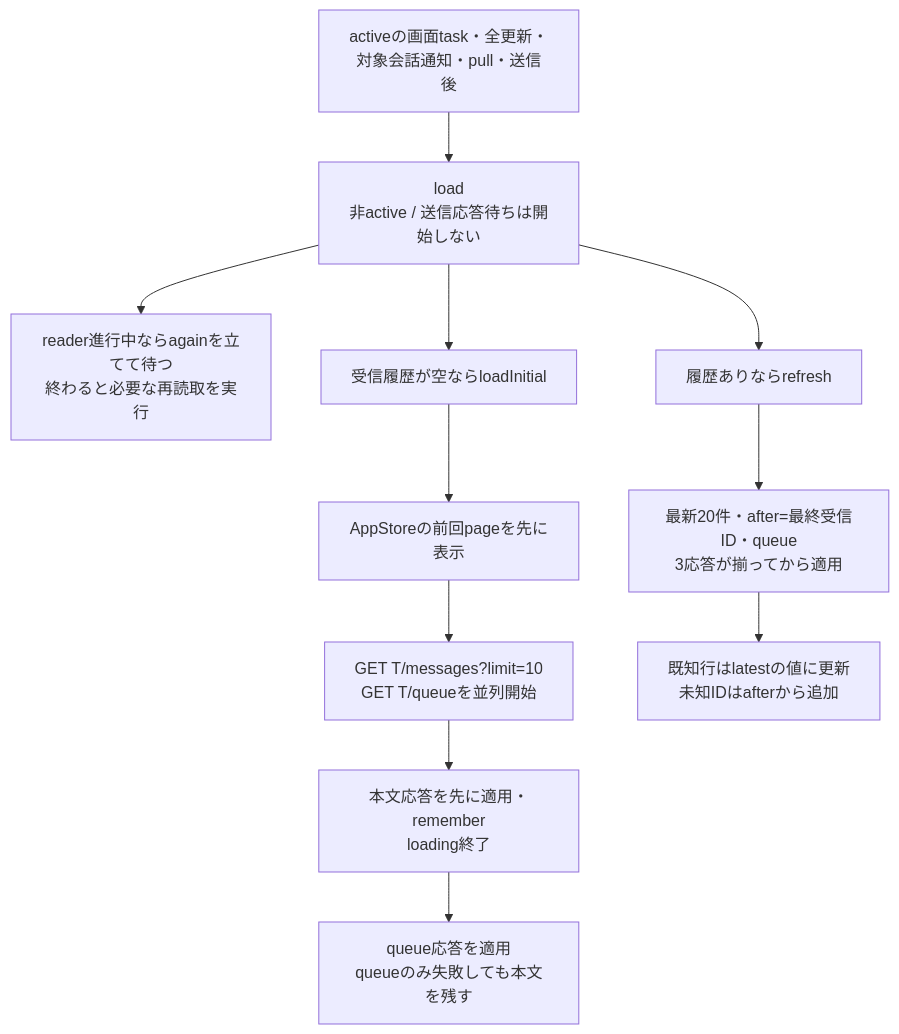
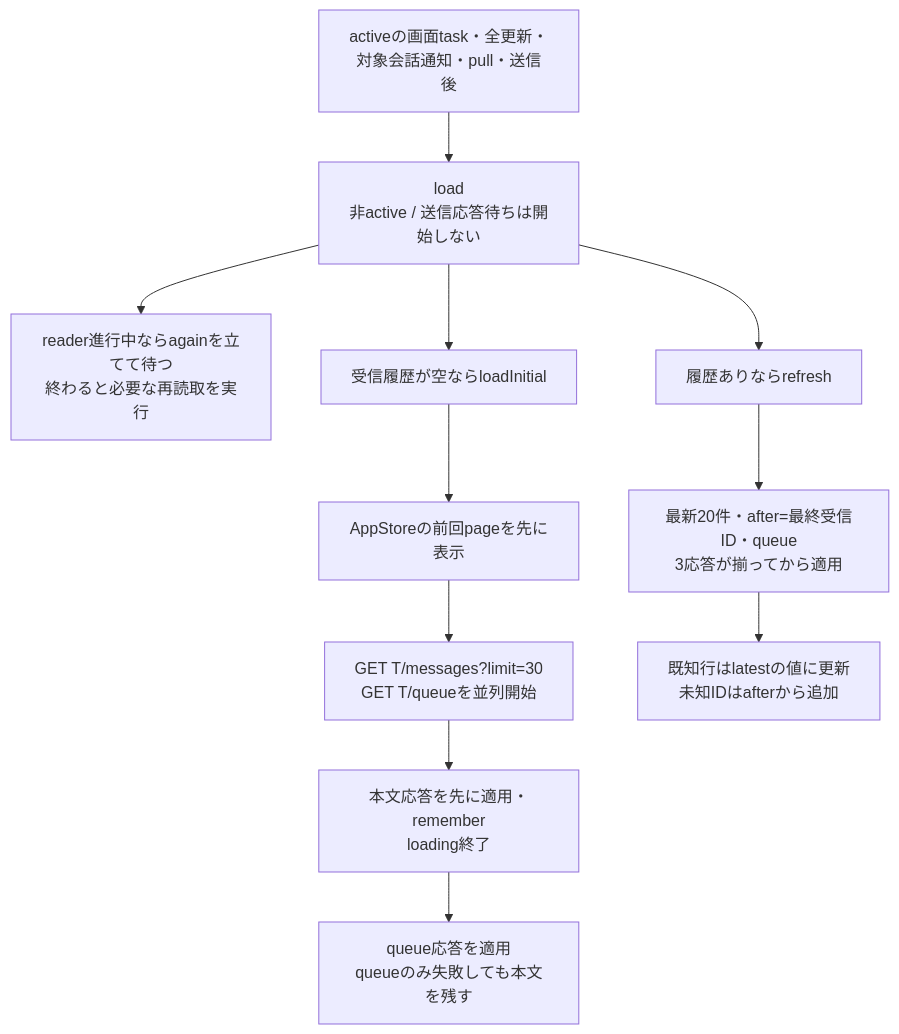
One commit to kitepon/BellTeam changed the first of 3 diagrams in docs/architecture/modules/apple/conversation.md. Above: the diagram before and after it, drawn with Mermaid. The commit also changed other lines of this file and 10 other files, not shown here.

````diff
--- a/docs/architecture/modules/apple/conversation.md
+++ b/docs/architecture/modules/apple/conversation.md
@@ -24,13 +24,13 @@
 ```mermaid
 flowchart TD
   Trigger["activeの画面task・全更新・対象会話通知・pull・送信後"] --> Load["load<br/>非active / 送信応答待ちは開始しない"]
   Load --> Join["reader進行中ならagainを立てて待つ<br/>終わると必要な再読取を実行"]
   Load --> Initial["受信履歴が空ならloadInitial"]
   Load --> Refresh["履歴ありならrefresh"]
   Initial --> Cache["AppStoreの前回pageを先に表示"]
-  Cache --> First["GET T/messages?limit=10<br/>GET T/queueを並列開始"]
+  Cache --> First["GET T/messages?limit=30<br/>GET T/queueを並列開始"]
   First --> Text["本文応答を先に適用・remember<br/>loading終了"]
   Text --> Queue["queue応答を適用<br/>queueのみ失敗しても本文を残す"]
   Refresh --> Delta["最新20件・after=最終受信ID・queue<br/>3応答が揃ってから適用"]
   Delta --> Merge["既知行はlatestの値に更新<br/>未知IDはafterから追加"]
 ```
````
